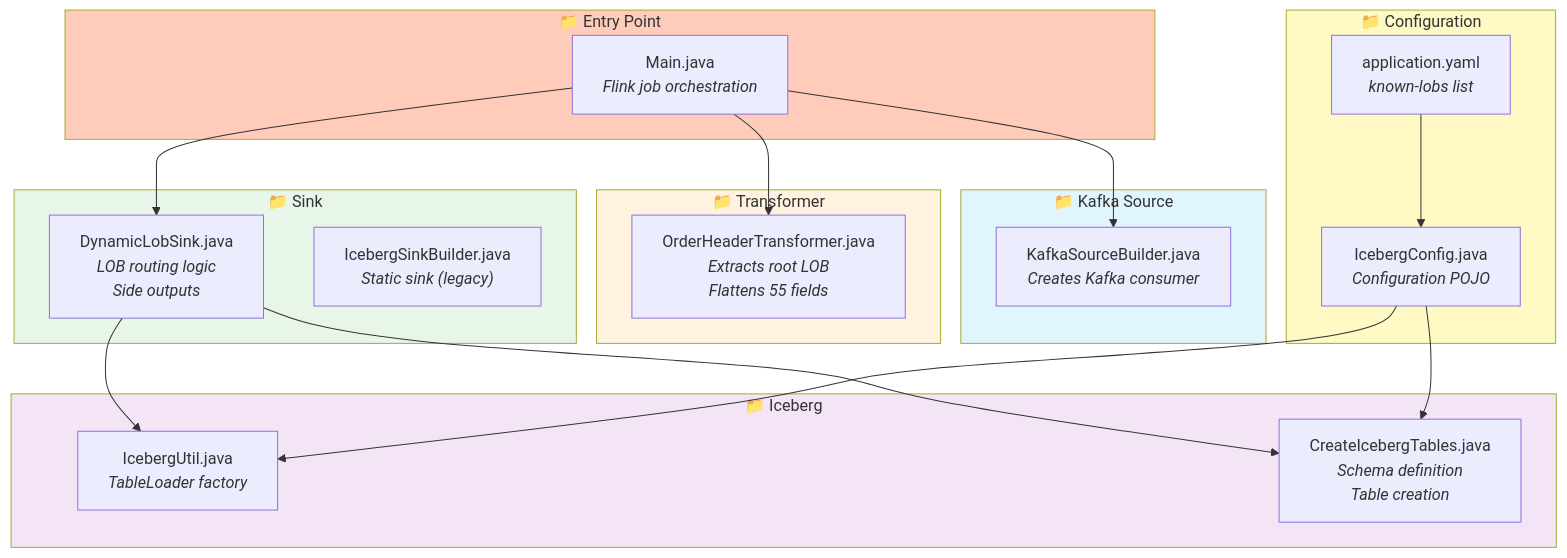
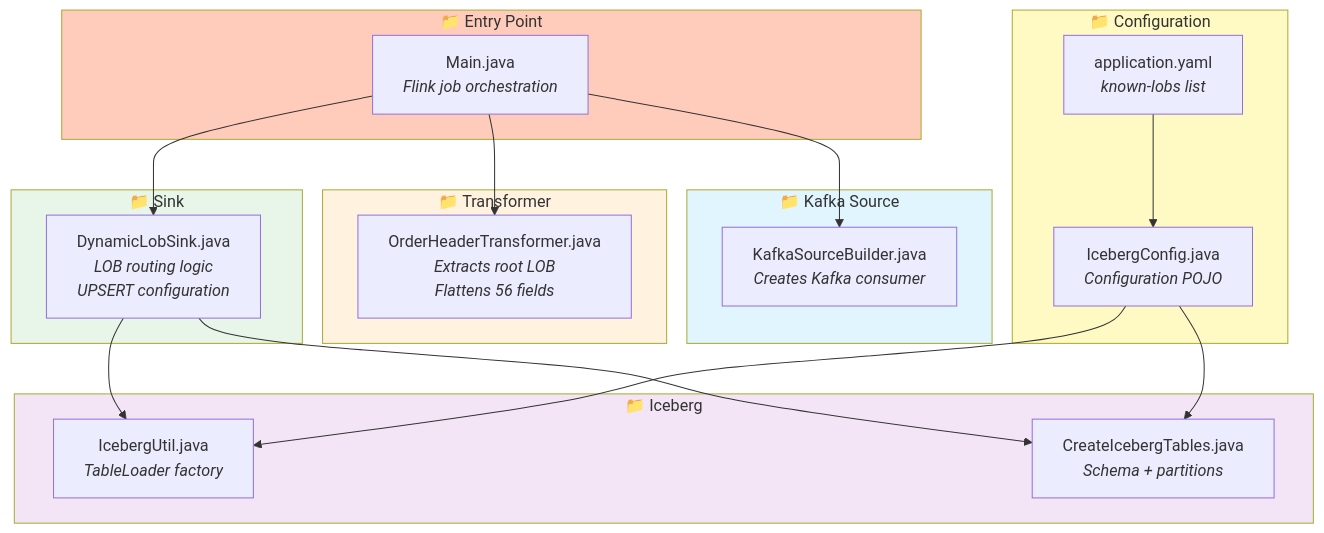
One commit to kartikrana-source/CDC-salescode-R changed the fifth of 6 diagrams in ARCHITECTURE.md. Above: the diagram before and after it, drawn with Mermaid. The commit also changed other lines of this file and 6 other files, not shown here.

````diff
--- a/ARCHITECTURE.md
+++ b/ARCHITECTURE.md
@@ -128,45 +160,44 @@
 ```mermaid
 flowchart TB
     subgraph Config["📁 Configuration"]
         YAML["application.yaml<br/><i>known-lobs list</i>"]
         IC["IcebergConfig.java<br/><i>Configuration POJO</i>"]
     end
 
     subgraph Source["📁 Kafka Source"]
         KSB["KafkaSourceBuilder.java<br/><i>Creates Kafka consumer</i>"]
     end
 
     subgraph Transform["📁 Transformer"]
-        OHT["OrderHeaderTransformer.java<br/><i>Extracts root LOB</i><br/><i>Flattens 55 fields</i>"]
+        OHT["OrderHeaderTransformer.java<br/><i>Extracts root LOB</i><br/><i>Flattens 56 fields</i>"]
     end
 
     subgraph Sink["📁 Sink"]
-        DLS["DynamicLobSink.java<br/><i>LOB routing logic</i><br/><i>Side outputs</i>"]
-        ISB["IcebergSinkBuilder.java<br/><i>Static sink (legacy)</i>"]
+        DLS["DynamicLobSink.java<br/><i>LOB routing logic</i><br/><i>UPSERT configuration</i>"]
     end
 
     subgraph Iceberg["📁 Iceberg"]
         IU["IcebergUtil.java<br/><i>TableLoader factory</i>"]
-        CIT["CreateIcebergTables.java<br/><i>Schema definition</i><br/><i>Table creation</i>"]
+        CIT["CreateIcebergTables.java<br/><i>Schema + partitions</i>"]
     end
 
     subgraph Main["📁 Entry Point"]
         M["Main.java<br/><i>Flink job orchestration</i>"]
     end
 
     YAML --> IC
     M --> KSB
     M --> OHT
     M --> DLS
     DLS --> IU
     DLS --> CIT
     IC --> IU
     IC --> CIT
 
     style Config fill:#fff9c4
     style Source fill:#e1f5fe
     style Transform fill:#fff3e0
     style Sink fill:#e8f5e9
     style Iceberg fill:#f3e5f5
     style Main fill:#ffccbc
 ```
````
